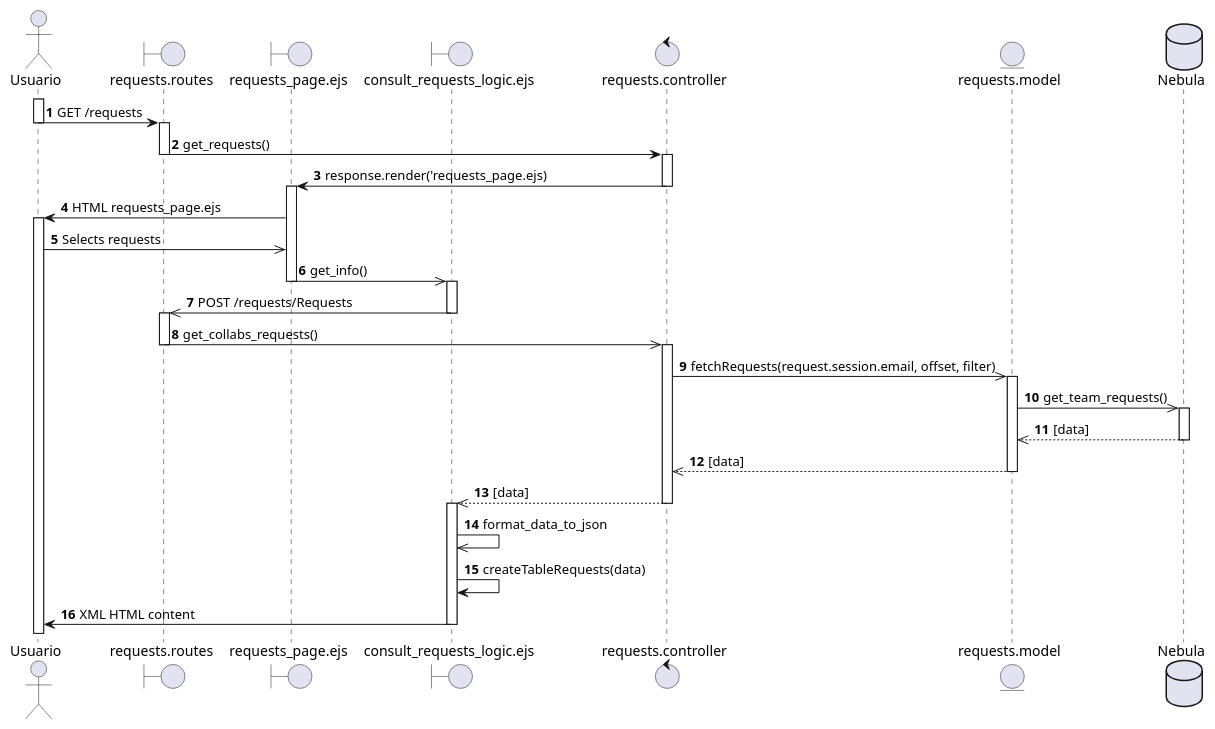
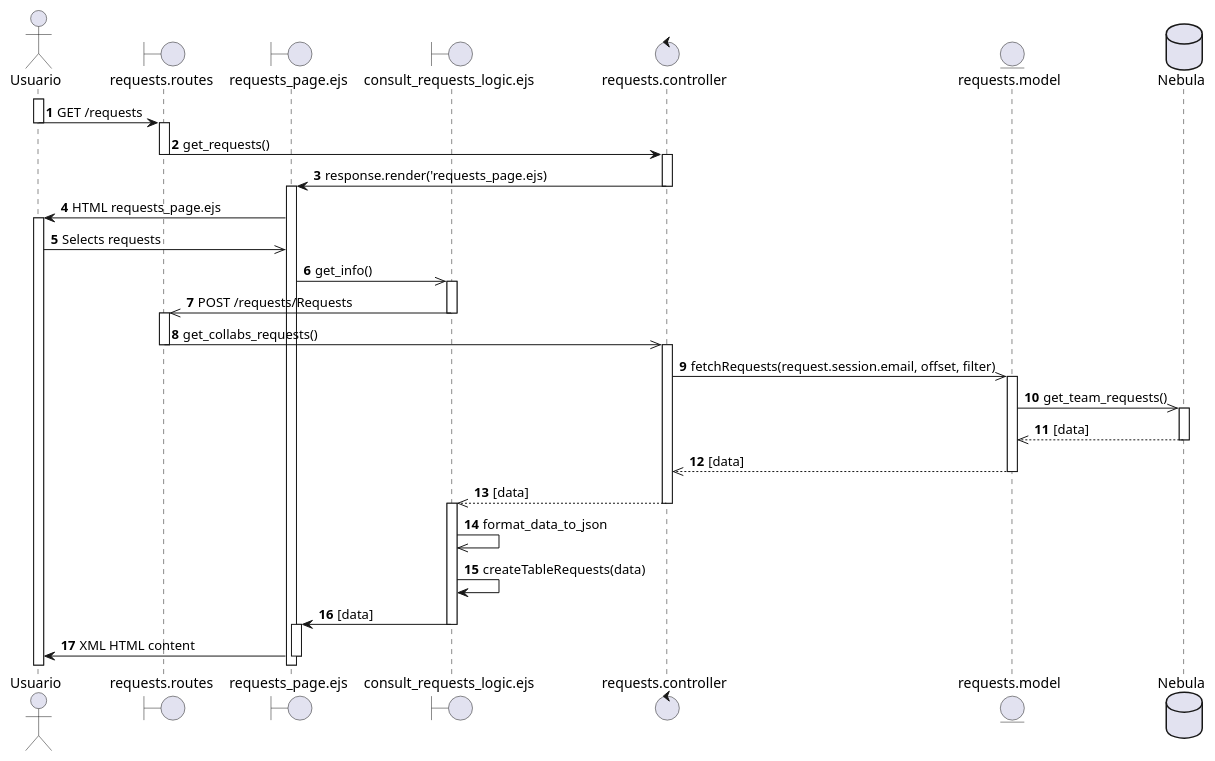
Before and after one commit to SALV19/Nebula_tc2005b: the diagram in diagramas_secuencia/leader_consult_abscence_requests.puml, drawn with PlantUML.

Commit message:
[FIX] uml diagram

```diff
--- a/diagramas_secuencia/leader_consult_abscence_requests.puml
+++ b/diagramas_secuencia/leader_consult_abscence_requests.puml
@@ -1,50 +1,53 @@
 @startuml Prueba
 autonumber
 actor Usuario as u
 boundary requests.routes as rr
 boundary requests_page.ejs as rpe
 boundary consult_requests_logic.ejs as crl
 control requests.controller as rc
 entity requests.model as rm
 database Nebula as db
 
 activate u
 u -> rr : GET /requests
 deactivate u
 
 activate rr
 rr -> rc : get_requests()
 deactivate rr
 activate rc
 rc -> rpe : response.render('requests_page.ejs)
 deactivate rc
 activate rpe 
 rpe -> u : HTML requests_page.ejs
 activate u
 u ->> rpe : Selects requests
 rpe ->> crl : get_info()
-deactivate rpe
 activate crl
 crl ->> rr : POST /requests/Requests
 deactivate crl
 activate rr
 rr ->> rc : get_collabs_requests()
 deactivate rr
 activate rc
 rc ->> rm : fetchRequests(request.session.email, offset, filter)
 activate rm
 rm ->> db : get_team_requests()
 activate db
 db -->> rm : [data] 
 deactivate db
 rm -->> rc : [data]
 deactivate rm
 rc -->> crl : [data]
 deactivate rc
 activate crl
 crl ->> crl : format_data_to_json
 crl -> crl : createTableRequests(data)
-crl -> u : XML HTML content
+crl -> rpe : [data]
 deactivate crl
+activate rpe
+rpe -> u : XML HTML content
+deactivate rpe
+
 
 @enduml
```
